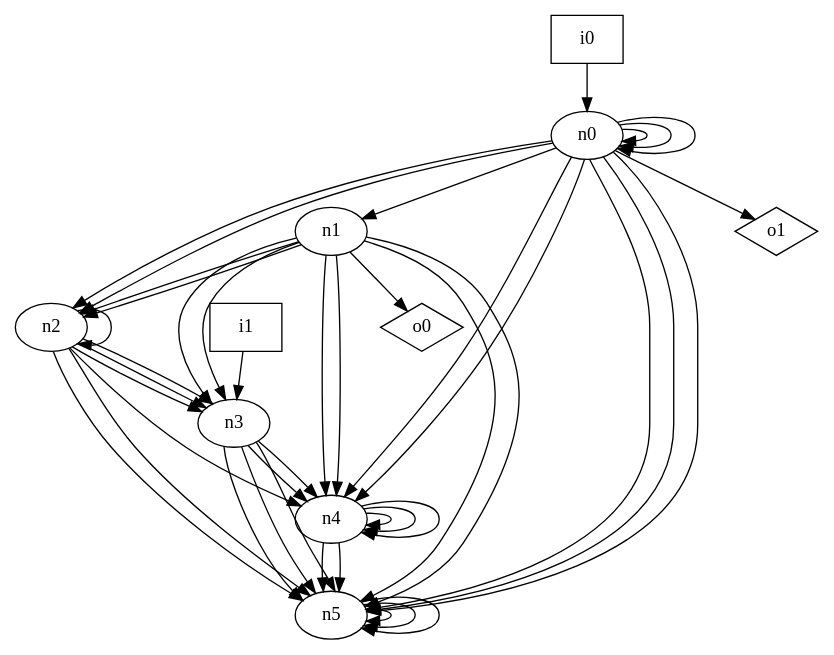
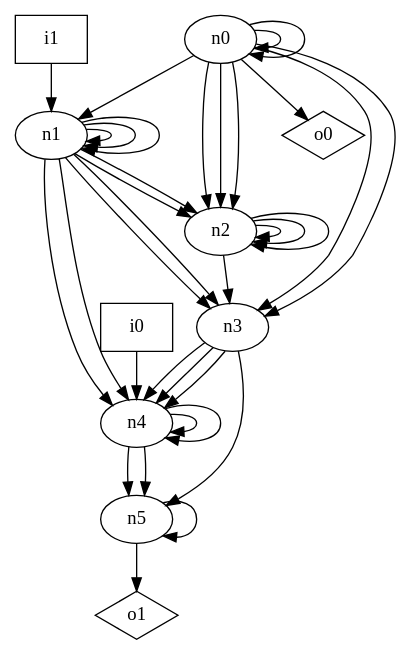
Before and after one commit to p9romain/bool-circuits: the diagram in dot_files/random/random_DAG_graph.dot, drawn with Graphviz. The commit also changed 29 other files, not shown here.

```diff
--- a/dot_files/random/random_DAG_graph.dot
+++ b/dot_files/random/random_DAG_graph.dot
@@ -1,55 +1,46 @@
 digraph G {
 n0 [label="n0"];
 n1 [label="n1"];
 n2 [label="n2"];
 n3 [label="n3"];
 n4 [label="n4"];
 n5 [label="n5"];
 n6 [label="i0",shape="box"];
 n7 [label="i1",shape="box"];
 n8 [label="o0",shape="diamond"];
 n9 [label="o1",shape="diamond"];
 n0 -> n0
 n0 -> n0
-n0 -> n0
 n0 -> n1
 n0 -> n2
 n0 -> n2
-n0 -> n4
-n0 -> n4
-n0 -> n5
-n0 -> n5
-n0 -> n5
-n0 -> n9
+n0 -> n2
+n0 -> n3
+n0 -> n3
+n0 -> n8
+n1 -> n1
+n1 -> n1
+n1 -> n1
 n1 -> n2
 n1 -> n2
 n1 -> n3
 n1 -> n3
 n1 -> n4
 n1 -> n4
-n1 -> n5
-n1 -> n5
-n1 -> n8
+n2 -> n2
+n2 -> n2
 n2 -> n2
 n2 -> n3
-n2 -> n3
-n2 -> n3
-n2 -> n4
-n2 -> n5
-n2 -> n5
+n3 -> n4
 n3 -> n4
 n3 -> n4
 n3 -> n5
-n3 -> n5
-n3 -> n5
-n4 -> n4
 n4 -> n4
 n4 -> n4
 n4 -> n5
 n4 -> n5
 n5 -> n5
-n5 -> n5
-n5 -> n5
-n6 -> n0
-n7 -> n3
+n5 -> n9
+n6 -> n4
+n7 -> n1
 }
```
